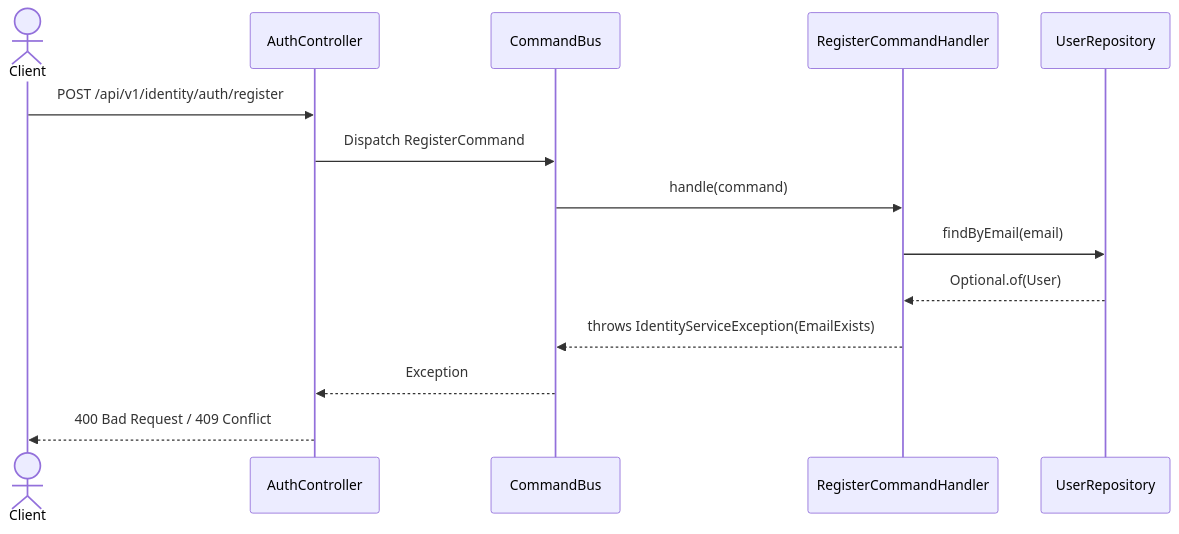
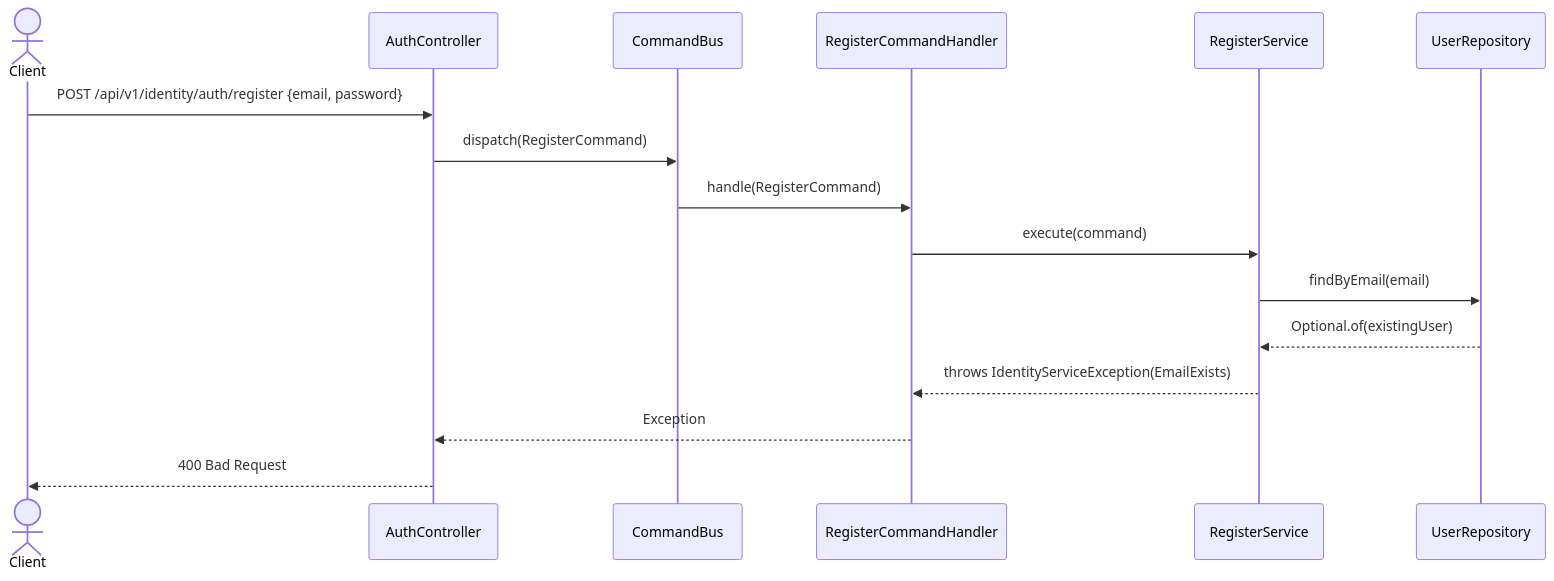
Before and after one commit to khinemyaezin/grab: the second of 2 diagrams in docs/dev/domain/identity/features/FEAT_001-Default_user_registration.md, drawn with Mermaid. The commit also changed other lines of this file and 178 other files, not shown here.

````diff
--- a/docs/dev/domain/identity/features/FEAT_001-Default_user_registration.md
+++ b/docs/dev/domain/identity/features/FEAT_001-Default_user_registration.md
@@ -69,19 +74,21 @@
 ```mermaid
 sequenceDiagram
     actor Client
     participant AuthController
     participant CommandBus
     participant RegisterCommandHandler
+    participant RegisterService
     participant UserRepository
     
-    Client->>AuthController: POST /api/v1/identity/auth/register
-    AuthController->>CommandBus: Dispatch RegisterCommand
-    CommandBus->>RegisterCommandHandler: handle(command)
+    Client->>AuthController: POST /api/v1/identity/auth/register {email, password}
+    AuthController->>CommandBus: dispatch(RegisterCommand)
+    CommandBus->>RegisterCommandHandler: handle(RegisterCommand)
+    RegisterCommandHandler->>RegisterService: execute(command)
     
-    RegisterCommandHandler->>UserRepository: findByEmail(email)
-    UserRepository-->>RegisterCommandHandler: Optional.of(User)
+    RegisterService->>UserRepository: findByEmail(email)
+    UserRepository-->>RegisterService: Optional.of(existingUser)
     
-    RegisterCommandHandler-->>CommandBus: throws IdentityServiceException(EmailExists)
-    CommandBus-->>AuthController: Exception
-    AuthController-->>Client: 400 Bad Request / 409 Conflict
+    RegisterService-->>RegisterCommandHandler: throws IdentityServiceException(EmailExists)
+    RegisterCommandHandler-->>AuthController: Exception
+    AuthController-->>Client: 400 Bad Request
 ```
````
